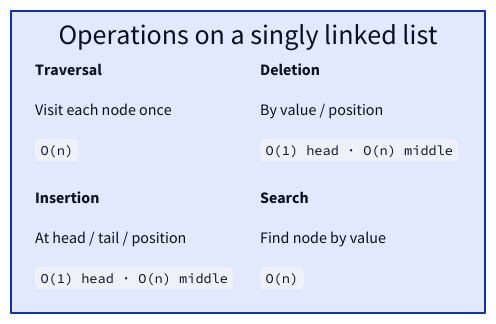
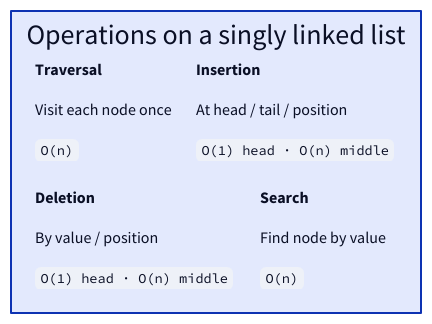
One commit to ani2fun/codefolio changed diagram 13 of 14 in content/cortex/data-structures-and-algorithms/01-data-structures/02-singly-linked-list/01-introduction-to-singly-linked-lists.md. Above: the diagram before and after it, drawn with D2. The commit also changed other lines of this file and 352 other files, not shown here.

First line of the commit message:
Architectural deepening: pipelines, content, icons, AsyncResult

````diff
--- a/content/cortex/data-structures-and-algorithms/01-data-structures/02-singly-linked-list/01-introduction-to-singly-linked-lists.md
+++ b/content/cortex/data-structures-and-algorithms/01-data-structures/02-singly-linked-list/01-introduction-to-singly-linked-lists.md
@@ -652,34 +635,34 @@
 ```d2
 ops: "Operations on a singly linked list" {
-  grid-columns: 2
+  grid-rows: 2
   grid-gap: 24
   t: |md
     **Traversal**
 
     Visit each node once
 
     `O(n)`
   |
   i: |md
     **Insertion**
 
     At head / tail / position
 
     `O(1) head · O(n) middle`
   |
   d: |md
     **Deletion**
 
     By value / position
 
     `O(1) head · O(n) middle`
   |
   s: |md
     **Search**
 
     Find node by value
 
     `O(n)`
   |
 }
 ```
````
